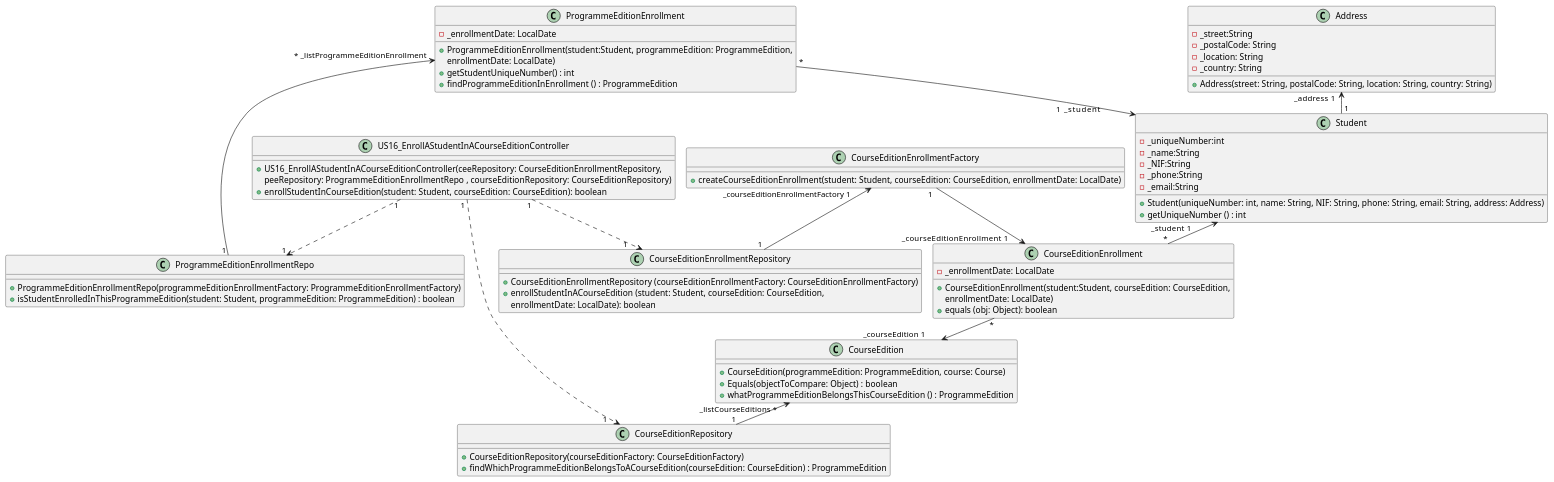
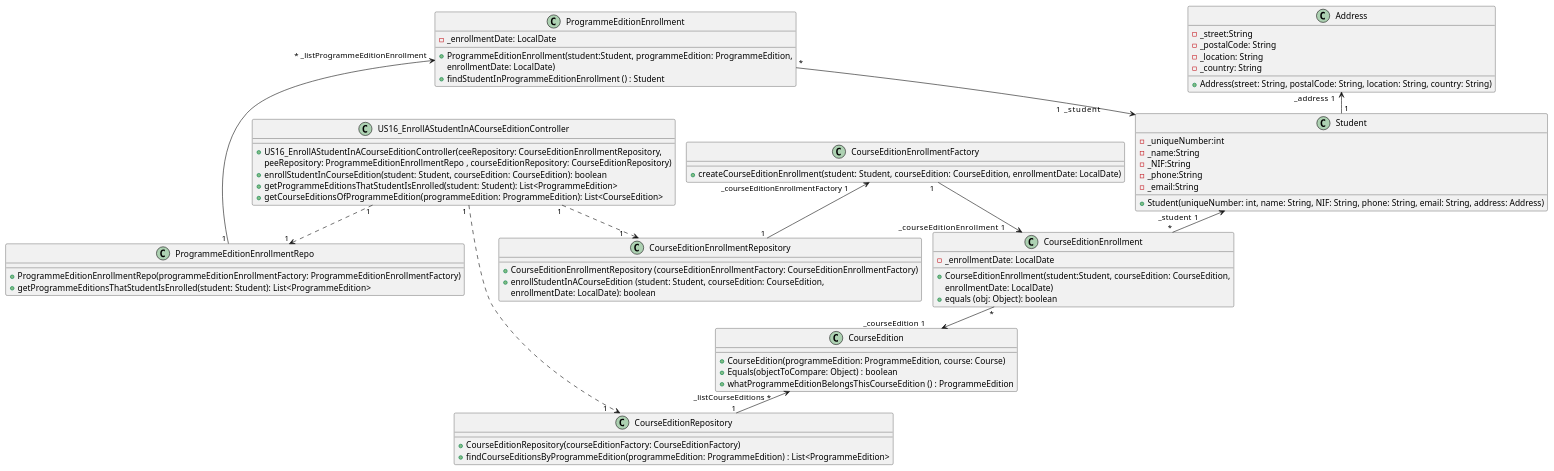
One commit to GasparISEP/DevOps-PAI changed the diagram in docs/US16/US16_EnrollAStudentInACourseEdition_ClassDiagram.puml. Above: the diagram before and after it, drawn with PlantUML.

Commit message:
Refactor of US16 Class Diagram

```diff
--- a/docs/US16/US16_EnrollAStudentInACourseEdition_ClassDiagram.puml
+++ b/docs/US16/US16_EnrollAStudentInACourseEdition_ClassDiagram.puml
@@ -1,82 +1,82 @@
 @startuml
 !pragma layout smetana
 
 
 class US16_EnrollAStudentInACourseEditionController {
     +US16_EnrollAStudentInACourseEditionController(ceeRepository: CourseEditionEnrollmentRepository,
     peeRepository: ProgrammeEditionEnrollmentRepo , courseEditionRepository: CourseEditionRepository)
     +enrollStudentInCourseEdition(student: Student, courseEdition: CourseEdition): boolean
+    +getProgrammeEditionsThatStudentIsEnrolled(student: Student): List<ProgrammeEdition>
+    +getCourseEditionsOfProgrammeEdition(programmeEdition: ProgrammeEdition): List<CourseEdition>
 }
 
 class CourseEditionEnrollmentFactory{
     +createCourseEditionEnrollment(student: Student, courseEdition: CourseEdition, enrollmentDate: LocalDate)
 }
 
 class CourseEditionEnrollment {
     -_enrollmentDate: LocalDate
     +CourseEditionEnrollment(student:Student, courseEdition: CourseEdition,
      enrollmentDate: LocalDate)
     +equals (obj: Object): boolean
 }
 
 class CourseEditionEnrollmentRepository {
     +CourseEditionEnrollmentRepository (courseEditionEnrollmentFactory: CourseEditionEnrollmentFactory)
     +enrollStudentInACourseEdition (student: Student, courseEdition: CourseEdition,
     enrollmentDate: LocalDate): boolean
 }
 
 class ProgrammeEditionEnrollment {
     -_enrollmentDate: LocalDate
     +ProgrammeEditionEnrollment(student:Student, programmeEdition: ProgrammeEdition,
      enrollmentDate: LocalDate)
-    +getStudentUniqueNumber() : int
-    +findProgrammeEditionInEnrollment () : ProgrammeEdition
+    +findStudentInProgrammeEditionEnrollment () : Student
 }
 
 class ProgrammeEditionEnrollmentRepo {
     +ProgrammeEditionEnrollmentRepo(programmeEditionEnrollmentFactory: ProgrammeEditionEnrollmentFactory)
-    +isStudentEnrolledInThisProgrammeEdition(student: Student, programmeEdition: ProgrammeEdition) : boolean
+    +getProgrammeEditionsThatStudentIsEnrolled(student: Student): List<ProgrammeEdition>
 }
 
 class Student {
     -_uniqueNumber:int
     -_name:String
     -_NIF:String
     -_phone:String
     -_email:String
     +Student(uniqueNumber: int, name: String, NIF: String, phone: String, email: String, address: Address)
-    +getUniqueNumber () : int
 }
 
 class Address {
      -_street:String
      -_postalCode: String
      -_location: String
      -_country: String
      +Address(street: String, postalCode: String, location: String, country: String)
 }
 
 class CourseEdition {
     +CourseEdition(programmeEdition: ProgrammeEdition, course: Course)
     +Equals(objectToCompare: Object) : boolean
     +whatProgrammeEditionBelongsThisCourseEdition () : ProgrammeEdition
 }
 
 class CourseEditionRepository {
     +CourseEditionRepository(courseEditionFactory: CourseEditionFactory)
-    +findWhichProgrammeEditionBelongsToACourseEdition(courseEdition: CourseEdition) : ProgrammeEdition
+    +findCourseEditionsByProgrammeEdition(programmeEdition: ProgrammeEdition) : List<ProgrammeEdition>
 }
 
-CourseEdition "_listCourseEditions  *      " <-- "1" CourseEditionRepository
+CourseEdition "_listCourseEditions  *         " <-- "1" CourseEditionRepository
 Student "_student  1             " <-- "*" CourseEditionEnrollment
 CourseEditionEnrollment "*" --> "_courseEdition  1        " CourseEdition
 CourseEditionEnrollmentFactory "  1  " --> " _courseEditionEnrollment    1        " CourseEditionEnrollment
 CourseEditionEnrollmentFactory "_courseEditionEnrollmentFactory 1          " <-- "   1 " CourseEditionEnrollmentRepository
 ProgrammeEditionEnrollment " *" --> "1    _student                 " Student
 ProgrammeEditionEnrollment " *  _listProgrammeEditionEnrollment    " <-- "1 " ProgrammeEditionEnrollmentRepo
 US16_EnrollAStudentInACourseEditionController "1 "..> "1      " CourseEditionRepository
 US16_EnrollAStudentInACourseEditionController "1 "..> "  1" ProgrammeEditionEnrollmentRepo
 US16_EnrollAStudentInACourseEditionController "1"..> "1       " CourseEditionEnrollmentRepository
 Address "_address  1   " <-- " 1  " Student
 
 @enduml
```
